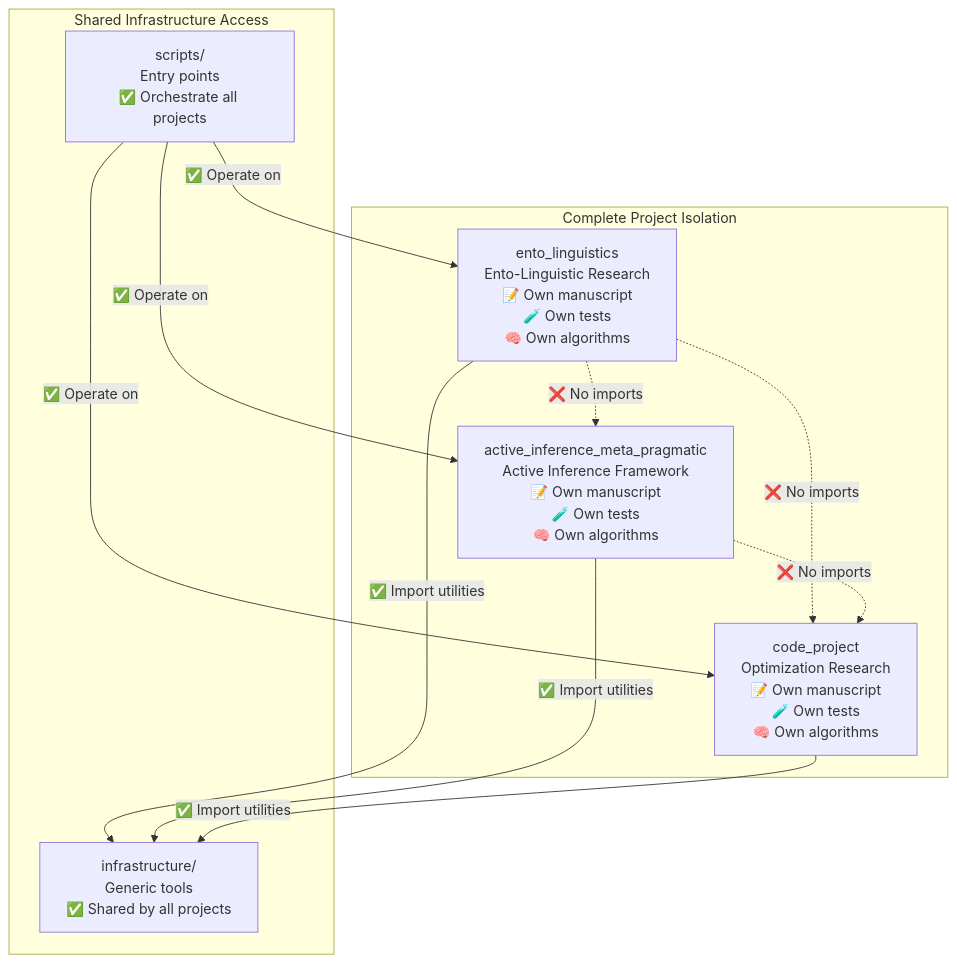
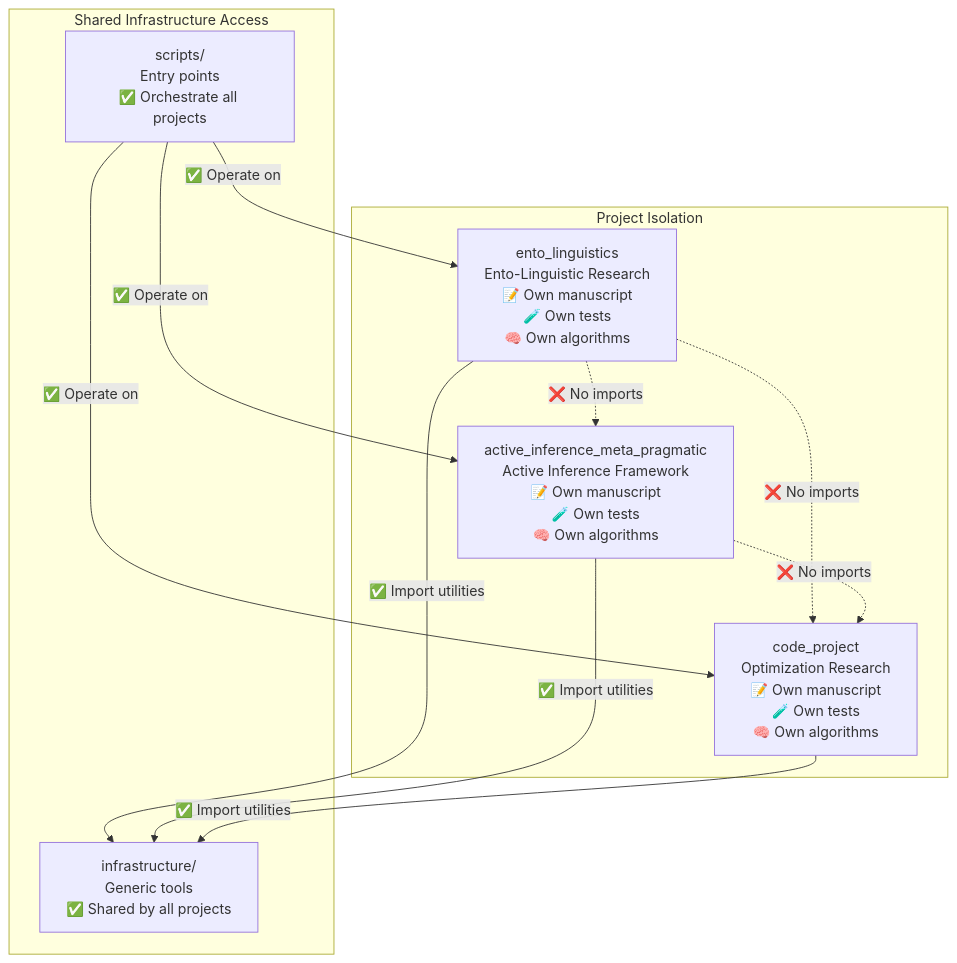
One commit to docxology/template changed the first of 2 diagrams in projects/PROJECTS_PARADIGM.md. Above: the diagram before and after it, drawn with Mermaid. The commit also changed other lines of this file and 1586 other files, not shown here.

````diff
--- a/projects/PROJECTS_PARADIGM.md
+++ b/projects/PROJECTS_PARADIGM.md
@@ -26,25 +26,25 @@
 ```mermaid
 graph TD
-    subgraph "Complete Project Isolation"
+    subgraph "Project Isolation"
         P1[ento_linguistics<br/>Ento-Linguistic Research<br/>📝 Own manuscript<br/>🧪 Own tests<br/>🧠 Own algorithms]
         P2[active_inference_meta_pragmatic<br/>Active Inference Framework<br/>📝 Own manuscript<br/>🧪 Own tests<br/>🧠 Own algorithms]
         P3[code_project<br/>Optimization Research<br/>📝 Own manuscript<br/>🧪 Own tests<br/>🧠 Own algorithms]
 
         P1 -.->|❌ No imports| P2
         P1 -.->|❌ No imports| P3
         P2 -.->|❌ No imports| P3
     end
 
     subgraph "Shared Infrastructure Access"
         INFRA[infrastructure/<br/>Generic tools<br/>✅ Shared by all projects]
         SCRIPTS[scripts/<br/>Entry points<br/>✅ Orchestrate all projects]
 
         P1 -->|✅ Import utilities| INFRA
         P2 -->|✅ Import utilities| INFRA
         P3 -->|✅ Import utilities| INFRA
 
         SCRIPTS -->|✅ Operate on| P1
         SCRIPTS -->|✅ Operate on| P2
         SCRIPTS -->|✅ Operate on| P3
     end
 ```
````
